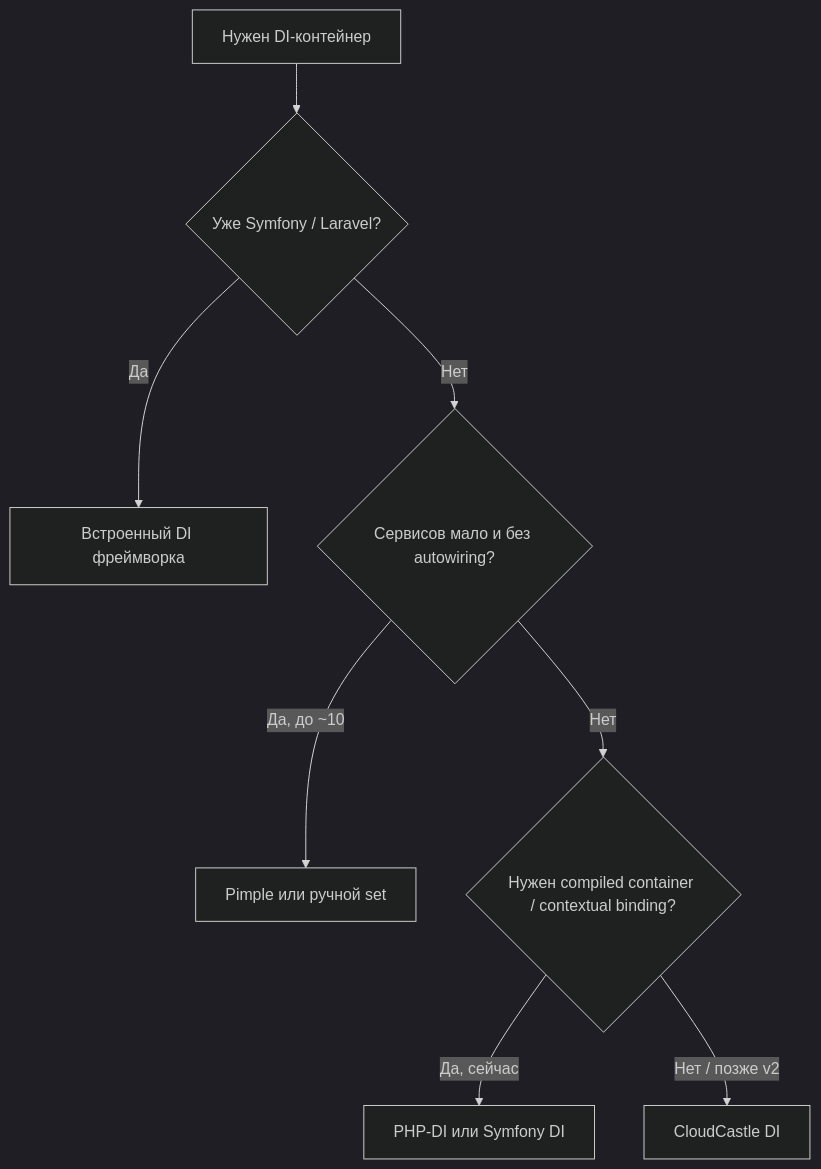
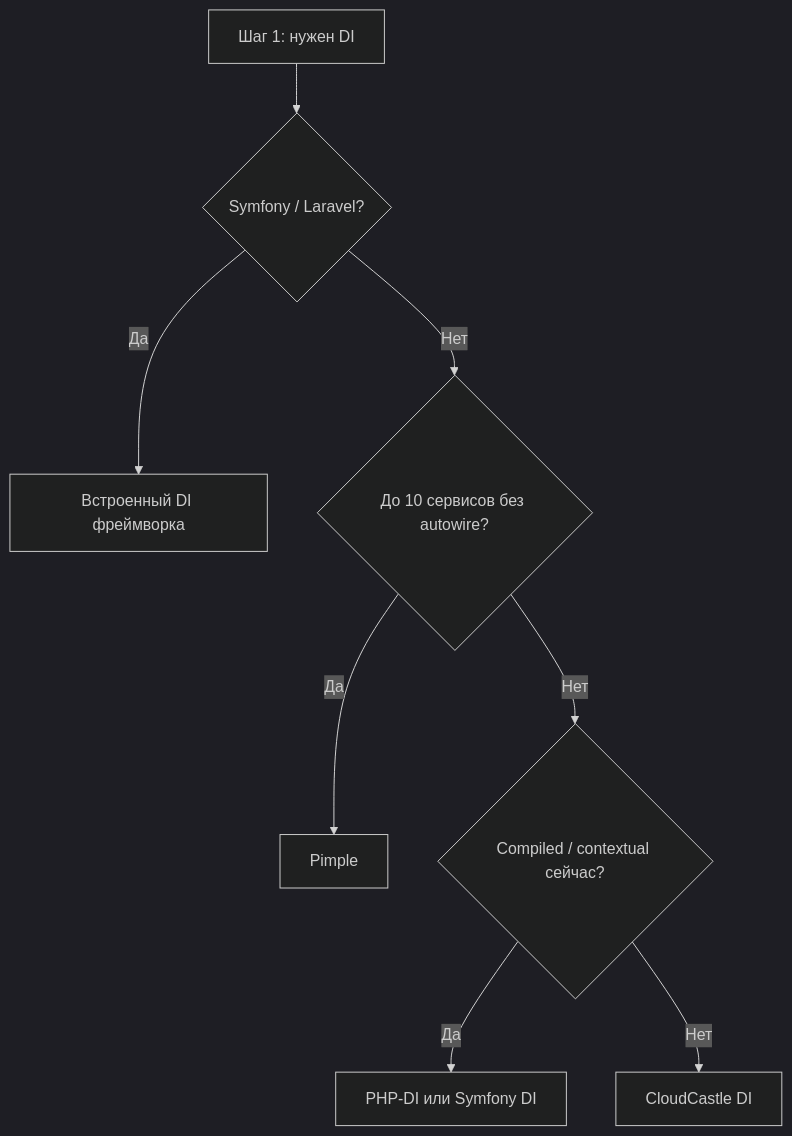
One commit to cloudcastle-apps/di changed the diagram in wiki/Comparison.md. Above: the diagram before and after it, drawn with Mermaid (dark theme). The commit also changed other lines of this file and 6 other files, not shown here.

````diff
--- a/wiki/Comparison.md
+++ b/wiki/Comparison.md
@@ -196,10 +167,10 @@
 ```mermaid
 flowchart TD
-    start[Нужен DI-контейнер] --> symfony{Уже Symfony / Laravel?}
-    symfony -->|Да| useFramework[Встроенный DI фреймворка]
-    symfony -->|Нет| size{Сервисов мало и без autowiring?}
-    size -->|Да, до ~10| pimple[Pimple или ручной set]
-    size -->|Нет| compiled{Нужен compiled container / contextual binding?}
-    compiled -->|Да, сейчас| phpdi[PHP-DI или Symfony DI]
-    compiled -->|Нет / позже v2| cloudcastle[CloudCastle DI]
+    start[Шаг 1: нужен DI] --> fw{Symfony / Laravel?}
+    fw -->|Да| native[Встроенный DI фреймворка]
+    fw -->|Нет| tiny{До 10 сервисов без autowire?}
+    tiny -->|Да| pimple[Pimple]
+    tiny -->|Нет| enterprise{Compiled / contextual сейчас?}
+    enterprise -->|Да| heavy[PHP-DI или Symfony DI]
+    enterprise -->|Нет| cc[CloudCastle DI]
 ```
````
